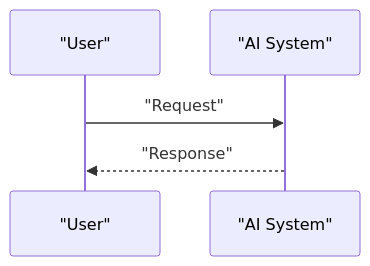
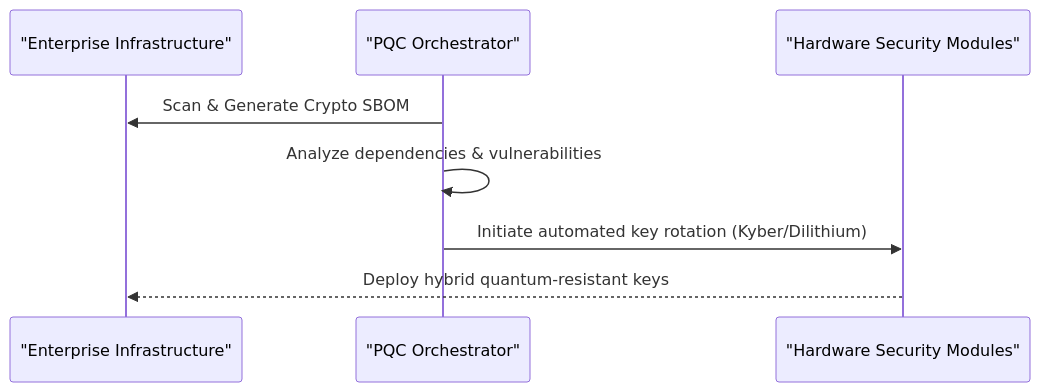
Before and after one commit to flouzzy/top-100-ai-startup-ideas: the second of 2 diagrams in archive/pqc-migration-orchestrator/README.md, drawn with Mermaid. The commit also changed other lines of this file and 124 other files, not shown here.

````diff
--- a/archive/pqc-migration-orchestrator/README.md
+++ b/archive/pqc-migration-orchestrator/README.md
@@ -37,7 +38,11 @@
 ```mermaid
 sequenceDiagram
-    participant U as "User"
-    participant S as "AI System"
-    U->>S: "Request"
-    S-->>U: "Response"
+    %% Sequence diagram or system flow
+    participant Infra as "Enterprise Infrastructure"
+    participant Orch as "PQC Orchestrator"
+    participant HSM as "Hardware Security Modules"
+    Orch->>Infra: Scan & Generate Crypto SBOM
+    Orch->>Orch: Analyze dependencies & vulnerabilities
+    Orch->>HSM: Initiate automated key rotation (Kyber/Dilithium)
+    HSM-->>Infra: Deploy hybrid quantum-resistant keys
 ```
````
